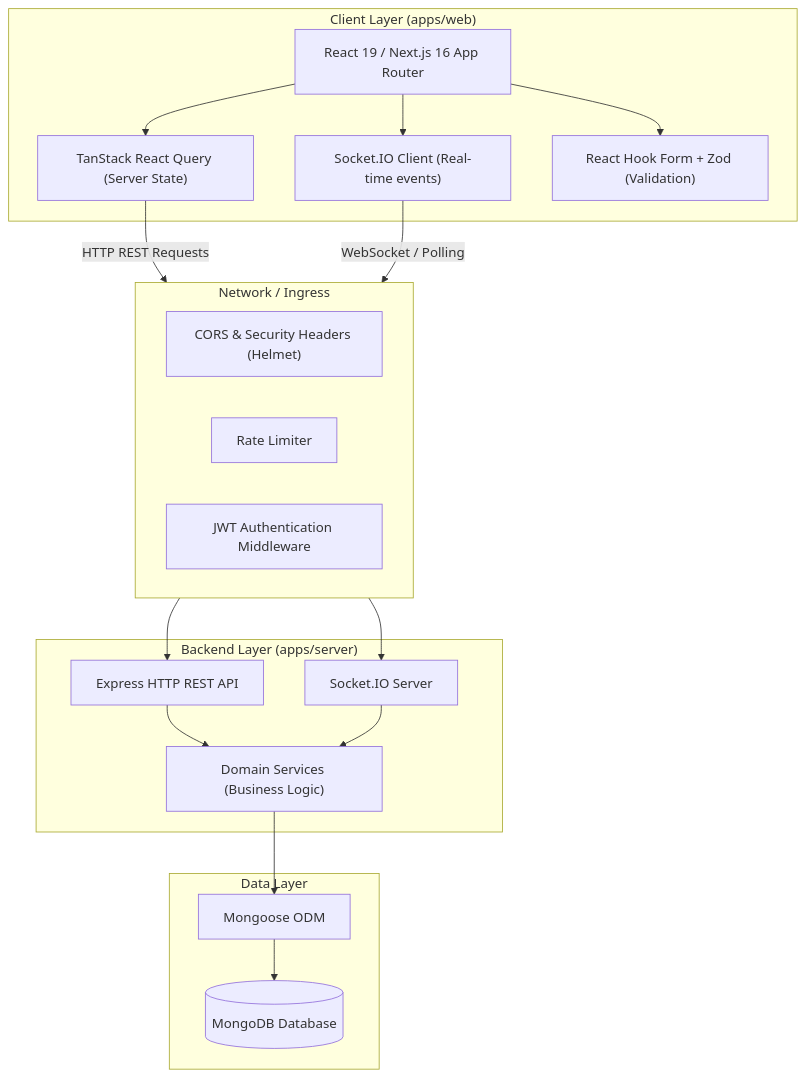
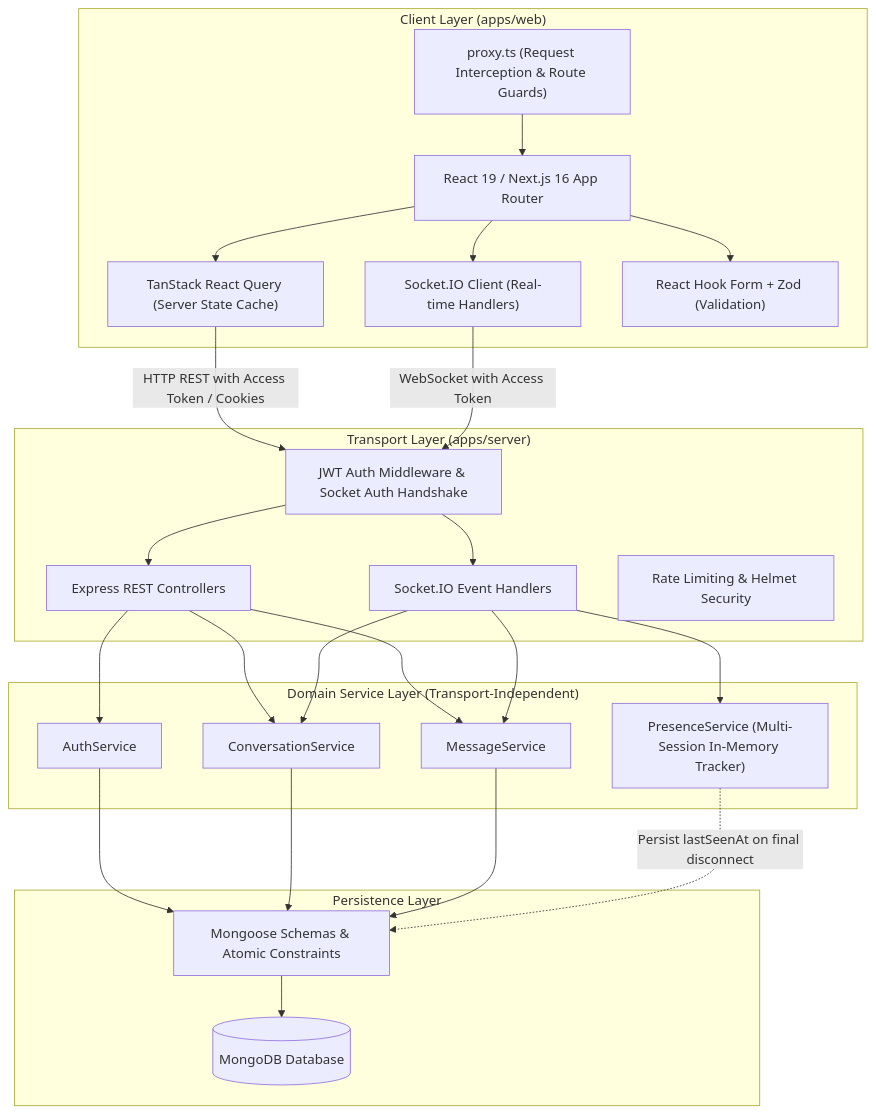
The first of 3 diagrams in docs/architecture.md (prabhu-developer/connectly), drawn with Mermaid before and after one commit. The commit also changed other lines of this file and 30 other files, not shown here.

First line of the commit message:
feat(server): initialize server application with health check endpoints and middleware

````diff
--- a/docs/architecture.md
+++ b/docs/architecture.md
@@ -7,42 +7,54 @@
 ```mermaid
 flowchart TB
     subgraph Client ["Client Layer (apps/web)"]
         UI["React 19 / Next.js 16 App Router"]
-        RQ["TanStack React Query (Server State)"]
-        SC["Socket.IO Client (Real-time events)"]
+        RQ["TanStack React Query (Server State Cache)"]
+        SC["Socket.IO Client (Real-time Handlers)"]
         RHF["React Hook Form + Zod (Validation)"]
+        Proxy["proxy.ts (Request Interception & Route Guards)"]
     end
 
-    subgraph Gateway ["Network / Ingress"]
-        CORS["CORS & Security Headers (Helmet)"]
-        RateLimit["Rate Limiter"]
-        AuthMiddleware["JWT Authentication Middleware"]
+    subgraph Transport ["Transport Layer (apps/server)"]
+        HTTP["Express REST Controllers"]
+        SIO["Socket.IO Event Handlers"]
+        AuthMid["JWT Auth Middleware & Socket Auth Handshake"]
+        RateLim["Rate Limiting & Helmet Security"]
     end
 
-    subgraph Backend ["Backend Layer (apps/server)"]
-        HTTP["Express HTTP REST API"]
-        SIO["Socket.IO Server"]
-        ServiceLayer["Domain Services (Business Logic)"]
+    subgraph Core ["Domain Service Layer (Transport-Independent)"]
+        AuthService["AuthService"]
+        ConvService["ConversationService"]
+        MsgService["MessageService"]
+        PresService["PresenceService (Multi-Session In-Memory Tracker)"]
     end
 
-    subgraph Data ["Data Layer"]
-        Mongoose["Mongoose ODM"]
+    subgraph Data ["Persistence Layer"]
+        Mongoose["Mongoose Schemas & Atomic Constraints"]
         MongoDB[(MongoDB Database)]
     end
 
+    Proxy --> UI
     UI --> RQ
     UI --> SC
     UI --> RHF
 
-    RQ -->|HTTP REST Requests| Gateway
-    SC -->|WebSocket / Polling| Gateway
+    RQ -->|HTTP REST with Access Token / Cookies| AuthMid
+    SC -->|WebSocket with Access Token| AuthMid
 
-    Gateway --> HTTP
-    Gateway --> SIO
+    AuthMid --> HTTP
+    AuthMid --> SIO
 
-    HTTP --> ServiceLayer
-    SIO --> ServiceLayer
+    HTTP --> AuthService
+    HTTP --> ConvService
+    HTTP --> MsgService
 
-    ServiceLayer --> Mongoose
+    SIO --> ConvService
+    SIO --> MsgService
+    SIO --> PresService
+
+    AuthService --> Mongoose
+    ConvService --> Mongoose
+    MsgService --> Mongoose
+    PresService -.->|Persist lastSeenAt on final disconnect| Mongoose
     Mongoose --> MongoDB
 ```
````
